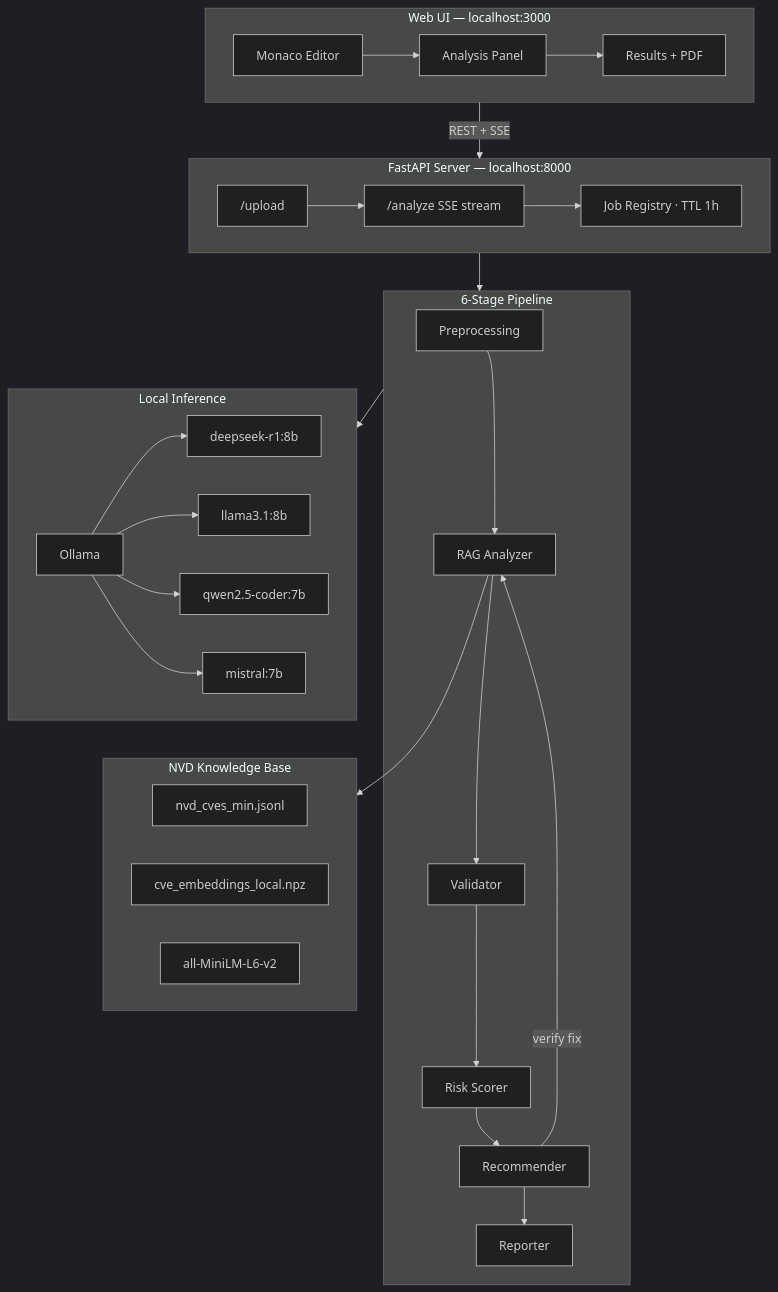
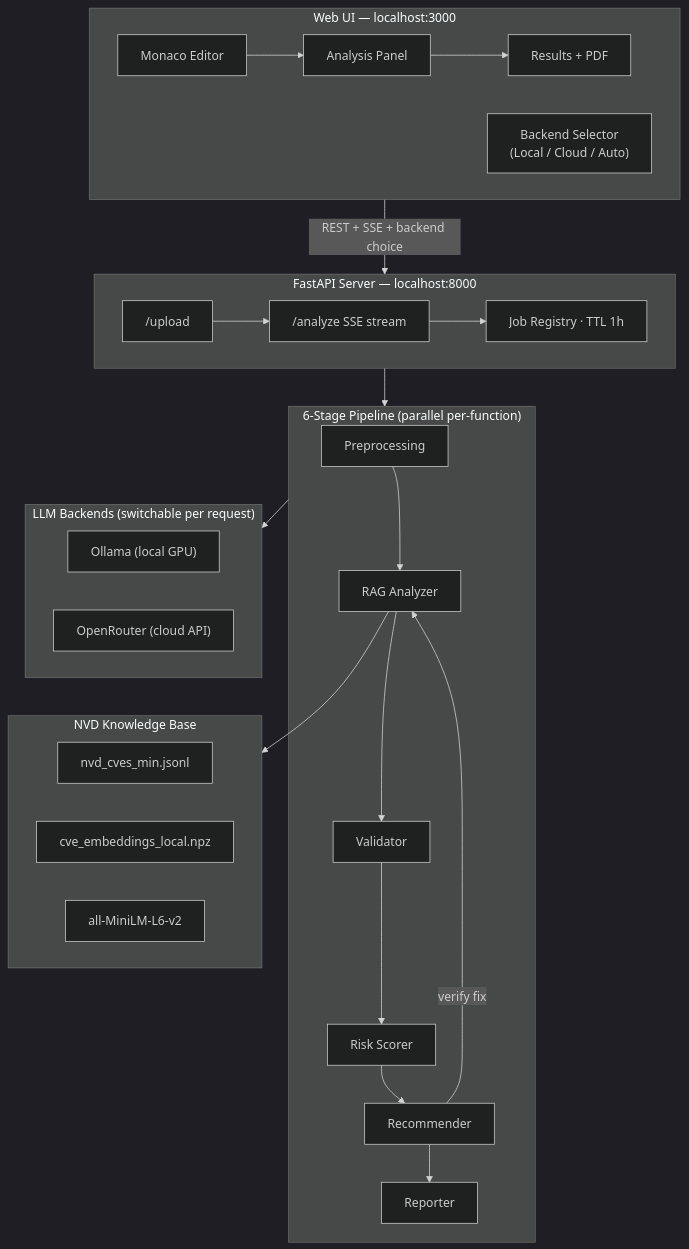
The diagram in README.md (Stradok/CODE-AI), drawn with Mermaid (dark theme) before and after one commit. The commit also changed other lines of this file and 18 other files, not shown here.

First line of the commit message:
feat: Docker deployment, OpenRouter cloud backend, per-request backend selector

````diff
--- a/README.md
+++ b/README.md
@@ -60,45 +64,39 @@
 ```mermaid
 graph TB
 
 subgraph UI["Web UI — localhost:3000"]
     A["Monaco Editor"] --> B["Analysis Panel"]
     B --> C["Results + PDF"]
+    D["Backend Selector\n(Local / Cloud / Auto)"]
 end
 
 subgraph API["FastAPI Server — localhost:8000"]
-    D["/upload"] --> E["/analyze SSE stream"]
-    E --> F["Job Registry · TTL 1h"]
+    E["/upload"] --> F["/analyze SSE stream"]
+    F --> G["Job Registry · TTL 1h"]
 end
 
-subgraph Pipeline["6-Stage Pipeline"]
-    G["Preprocessing"] --> H["RAG Analyzer"]
-    H --> I["Validator"]
-    I --> J["Risk Scorer"]
-    J --> K["Recommender"]
-    K --> L["Reporter"]
-    K -->|verify fix| H
+subgraph Pipeline["6-Stage Pipeline (parallel per-function)"]
+    H["Preprocessing"] --> I["RAG Analyzer"]
+    I --> J["Validator"]
+    J --> K["Risk Scorer"]
+    K --> L["Recommender"]
+    L --> M["Reporter"]
+    L -->|verify fix| I
 end
 
-subgraph Inference["Local Inference"]
-    M["Ollama"]
-    N["deepseek-r1:8b"]
-    O["llama3.1:8b"]
-    P["qwen2.5-coder:7b"]
-    Q["mistral:7b"]
-    M --> N
-    M --> O
-    M --> P
-    M --> Q
+subgraph Backends["LLM Backends (switchable per request)"]
+    N["Ollama (local GPU)"]
+    O["OpenRouter (cloud API)"]
 end
 
 subgraph Data["NVD Knowledge Base"]
-    R["nvd_cves_min.jsonl"]
-    S["cve_embeddings_local.npz"]
-    T["all-MiniLM-L6-v2"]
+    P["nvd_cves_min.jsonl"]
+    Q["cve_embeddings_local.npz"]
+    R["all-MiniLM-L6-v2"]
 end
 
-UI -->|REST + SSE| API
+UI -->|REST + SSE + backend choice| API
 API --> Pipeline
-Pipeline --> Inference
-H --> Data
+Pipeline --> Backends
+I --> Data
 ```
````
